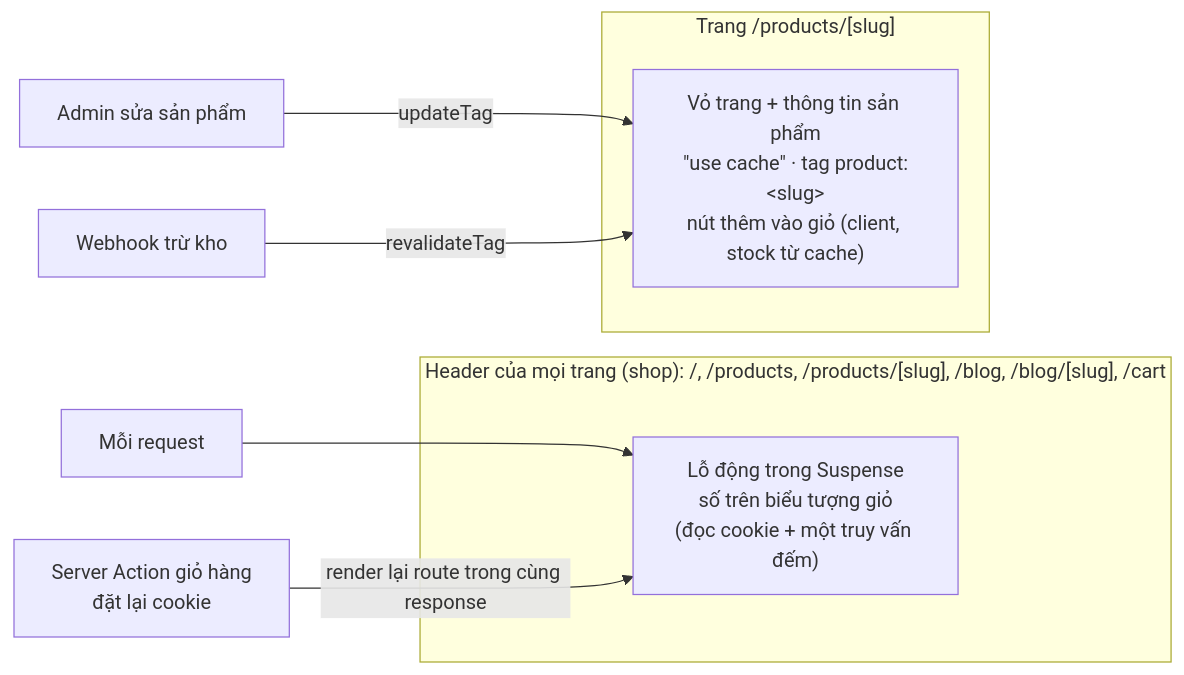
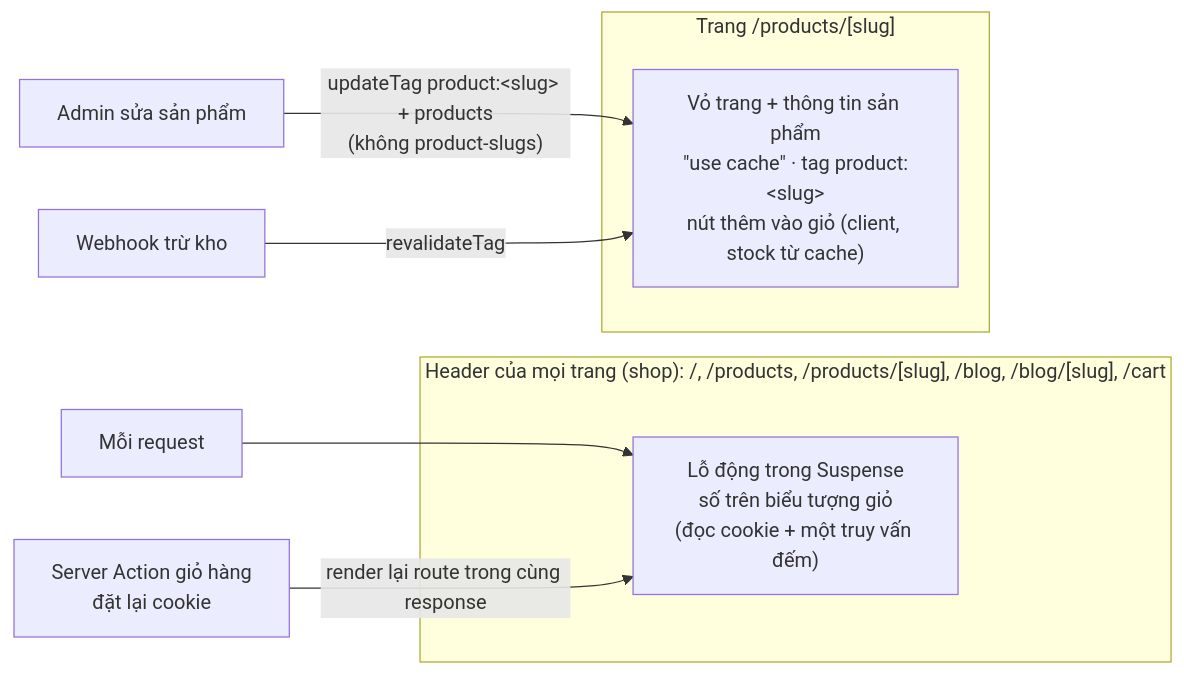
Before and after one commit to chinhpham208/next-store: the fourth of 6 diagrams in docs/architecture.md, drawn with Mermaid. The commit also changed other lines of this file and 13 other files, not shown here.

````diff
--- a/docs/architecture.md
+++ b/docs/architecture.md
@@ -90,14 +90,14 @@
 ```mermaid
 flowchart LR
   subgraph layout["Header của mọi trang (shop): /, /products, /products/[slug], /blog, /blog/[slug], /cart"]
     hole["Lỗ động trong Suspense<br/>số trên biểu tượng giỏ<br/>(đọc cookie + một truy vấn đếm)"]
   end
   subgraph page["Trang /products/[slug]"]
     shell["Vỏ trang + thông tin sản phẩm<br/>&quot;use cache&quot; · tag product:&lt;slug&gt;<br/>nút thêm vào giỏ (client, stock từ cache)"]
   end
   action["Server Action giỏ hàng<br/>đặt lại cookie"]
-  edit["Admin sửa sản phẩm"] -->|updateTag| shell
+  edit["Admin sửa sản phẩm"] -->|"updateTag product:&lt;slug&gt; + products<br/>(không product-slugs)"| shell
   paid["Webhook trừ kho"] -->|revalidateTag| shell
   req["Mỗi request"] --> hole
   action -->|render lại route trong cùng response| hole
 ```
````
